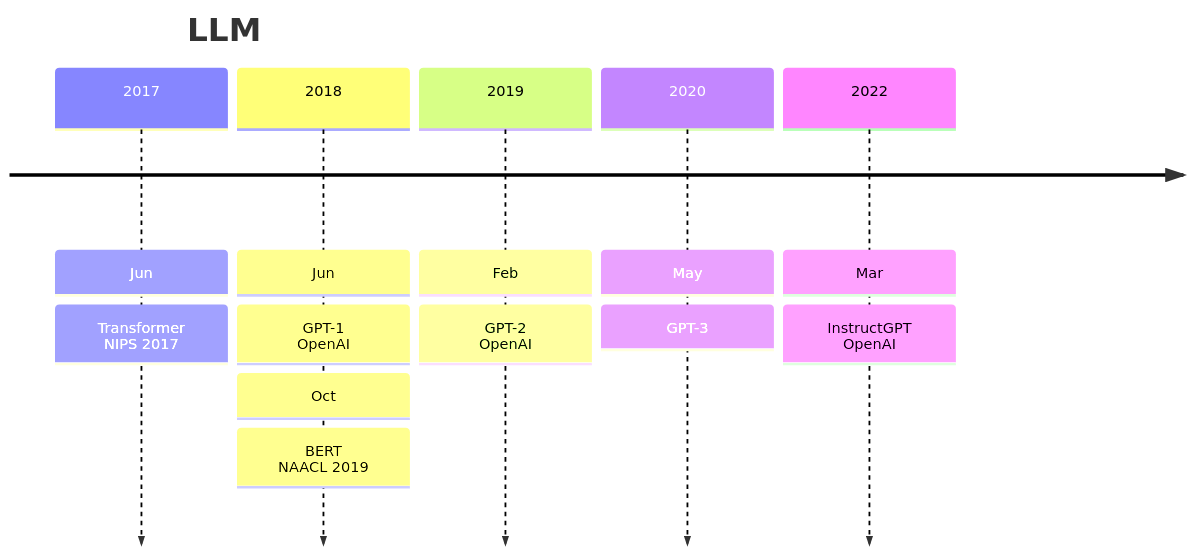
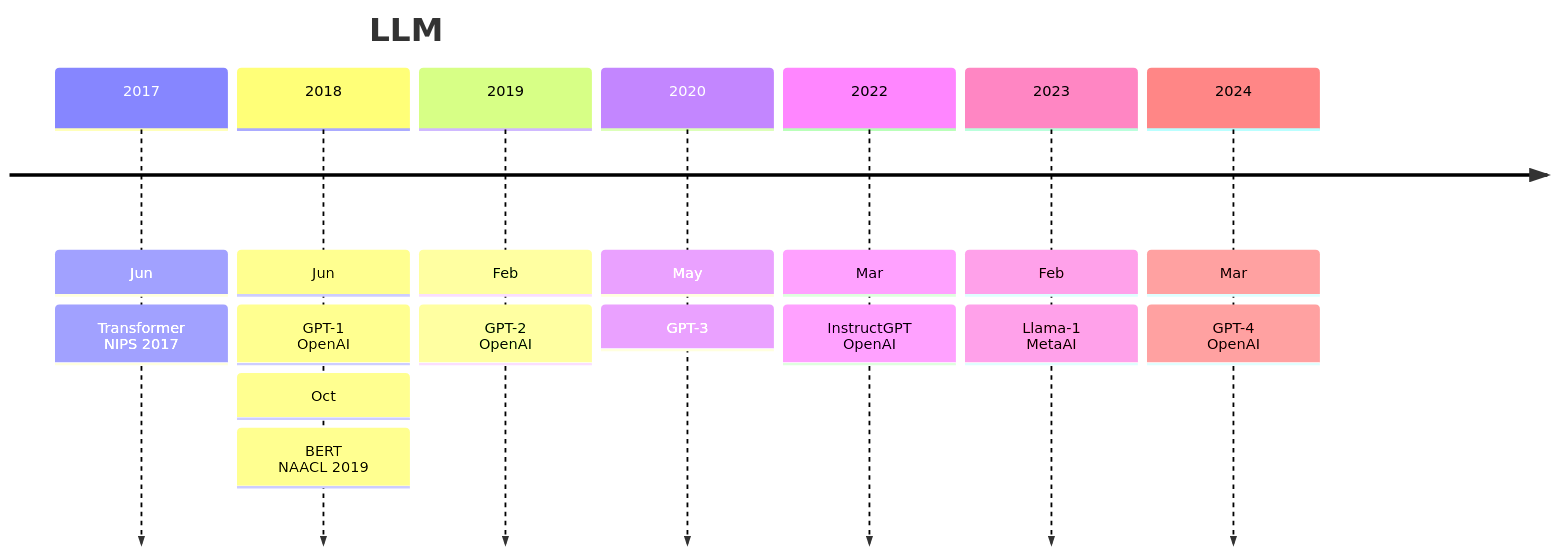
The first of 4 diagrams in Base_Model/LLM/analyse.md (Elephant-King9/Paper), drawn with Mermaid before and after one commit. The commit also changed other lines of this file and 2 other files, not shown here.

Commit message:
update_GPT-4 Technical Report

````diff
--- a/Base_Model/LLM/analyse.md
+++ b/Base_Model/LLM/analyse.md
@@ -5,16 +5,20 @@
 ```mermaid
 timeline
     title LLM
     2017 : Jun
     		 : Transformer<br>NIPS 2017
     2018 : Jun
     		 : GPT-1<br>OpenAI
     		 : Oct
     		 : BERT<br>NAACL 2019
     2019 : Feb
     		 : GPT-2<br>OpenAI
     2020 : May
     		 : GPT-3
     2022 : Mar
     		 : InstructGPT<br>OpenAI
+    2023 : Feb
+    		 : Llama-1<br>MetaAI
+    2024 : Mar
+    		 : GPT-4<br>OpenAI
 ```
````
